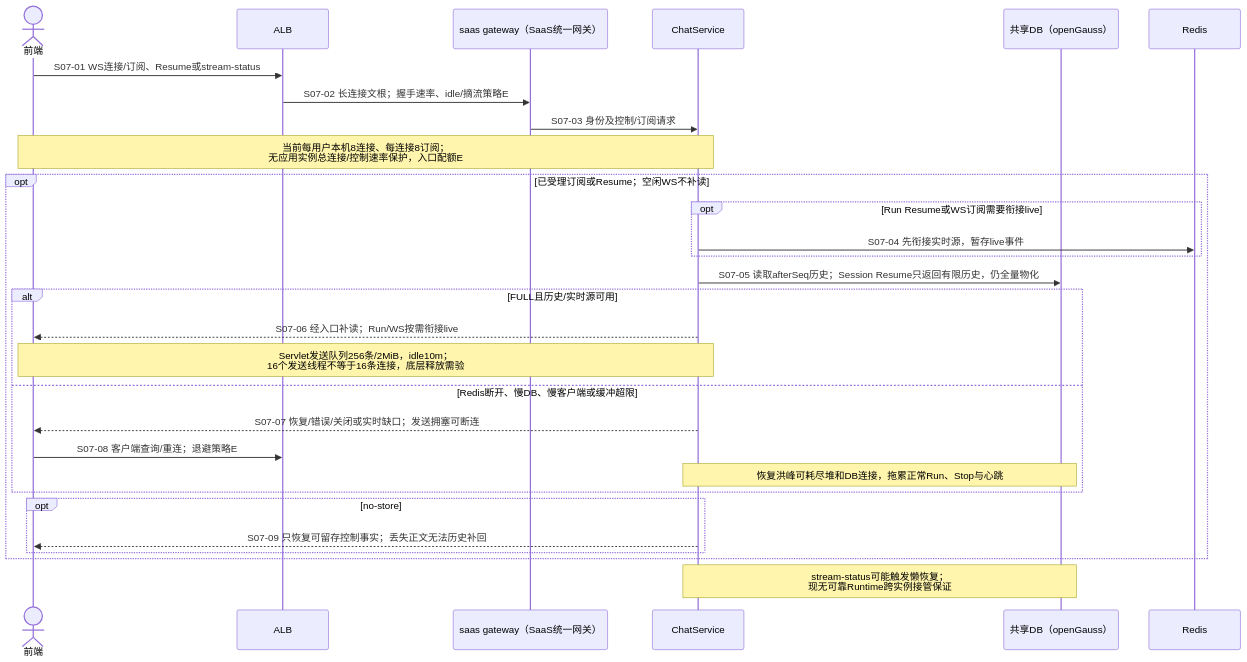
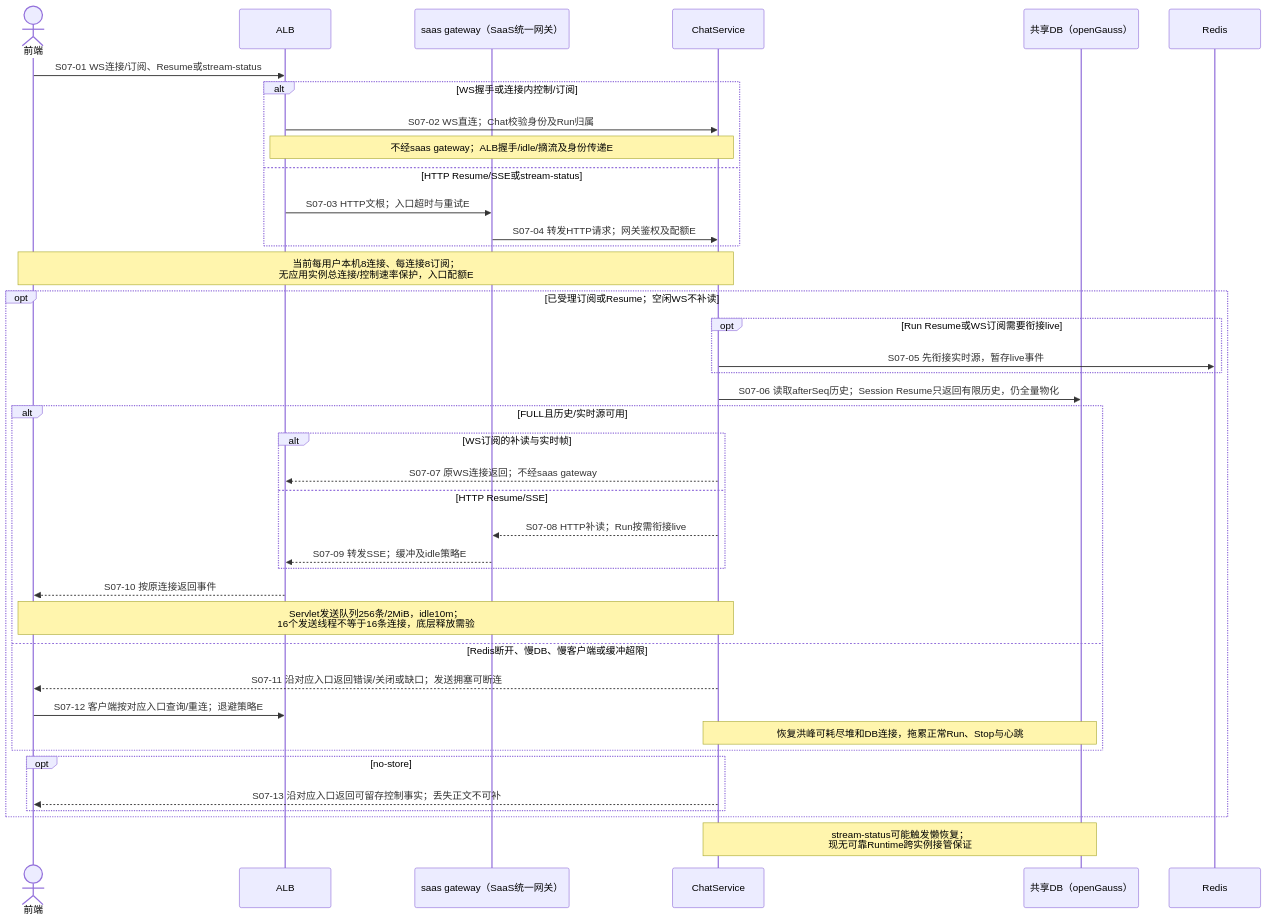
One commit to kunben-duck/exweb changed the seventh of 12 diagrams in docs/architecture/high-availability/scenarios.md. Above: the diagram before and after it, drawn with Mermaid. The commit also changed other lines of this file and 9 other files, not shown here.

````diff
--- a/docs/architecture/high-availability/scenarios.md
+++ b/docs/architecture/high-availability/scenarios.md
@@ -350,31 +354,42 @@
 ```mermaid
 sequenceDiagram
 actor WEB as 前端
     participant ALB
     participant GW as saas gateway（SaaS统一网关）
     participant CHAT as ChatService
     participant DB as 共享DB（openGauss）
     participant REDIS as Redis
     WEB->>ALB: S07-01 WS连接/订阅、Resume或stream-status
-    ALB->>GW: S07-02 长连接文根；握手速率、idle/摘流策略E
-    GW->>CHAT: S07-03 身份及控制/订阅请求
+    alt WS握手或连接内控制/订阅
+        ALB->>CHAT: S07-02 WS直连；Chat校验身份及Run归属
+        Note over ALB,CHAT: 不经saas gateway；ALB握手/idle/摘流及身份传递E
+    else HTTP Resume/SSE或stream-status
+        ALB->>GW: S07-03 HTTP文根；入口超时与重试E
+        GW->>CHAT: S07-04 转发HTTP请求；网关鉴权及配额E
+    end
     Note over CHAT,WEB: 当前每用户本机8连接、每连接8订阅；<br/>无应用实例总连接/控制速率保护，入口配额E
     opt 已受理订阅或Resume；空闲WS不补读
         opt Run Resume或WS订阅需要衔接live
-            CHAT->>REDIS: S07-04 先衔接实时源，暂存live事件
+            CHAT->>REDIS: S07-05 先衔接实时源，暂存live事件
         end
-        CHAT->>DB: S07-05 读取afterSeq历史；Session Resume只返回有限历史，仍全量物化
+        CHAT->>DB: S07-06 读取afterSeq历史；Session Resume只返回有限历史，仍全量物化
         alt FULL且历史/实时源可用
-            CHAT-->>WEB: S07-06 经入口补读；Run/WS按需衔接live
+            alt WS订阅的补读与实时帧
+                CHAT-->>ALB: S07-07 原WS连接返回；不经saas gateway
+            else HTTP Resume/SSE
+                CHAT-->>GW: S07-08 HTTP补读；Run按需衔接live
+                GW-->>ALB: S07-09 转发SSE；缓冲及idle策略E
+            end
+            ALB-->>WEB: S07-10 按原连接返回事件
             Note over CHAT,WEB: Servlet发送队列256条/2MiB，idle10m；<br/>16个发送线程不等于16条连接，底层释放需验
         else Redis断开、慢DB、慢客户端或缓冲超限
-            CHAT-->>WEB: S07-07 恢复/错误/关闭或实时缺口；发送拥塞可断连
-            WEB->>ALB: S07-08 客户端查询/重连；退避策略E
+            CHAT-->>WEB: S07-11 沿对应入口返回错误/关闭或缺口；发送拥塞可断连
+            WEB->>ALB: S07-12 客户端按对应入口查询/重连；退避策略E
             Note over CHAT,DB: 恢复洪峰可耗尽堆和DB连接，拖累正常Run、Stop与心跳
         end
         opt no-store
-            CHAT-->>WEB: S07-09 只恢复可留存控制事实；丢失正文无法历史补回
+            CHAT-->>WEB: S07-13 沿对应入口返回可留存控制事实；丢失正文不可补
         end
     end
     Note over CHAT,DB: stream-status可能触发懒恢复；<br/>现无可靠Runtime跨实例接管保证
 ```
````
